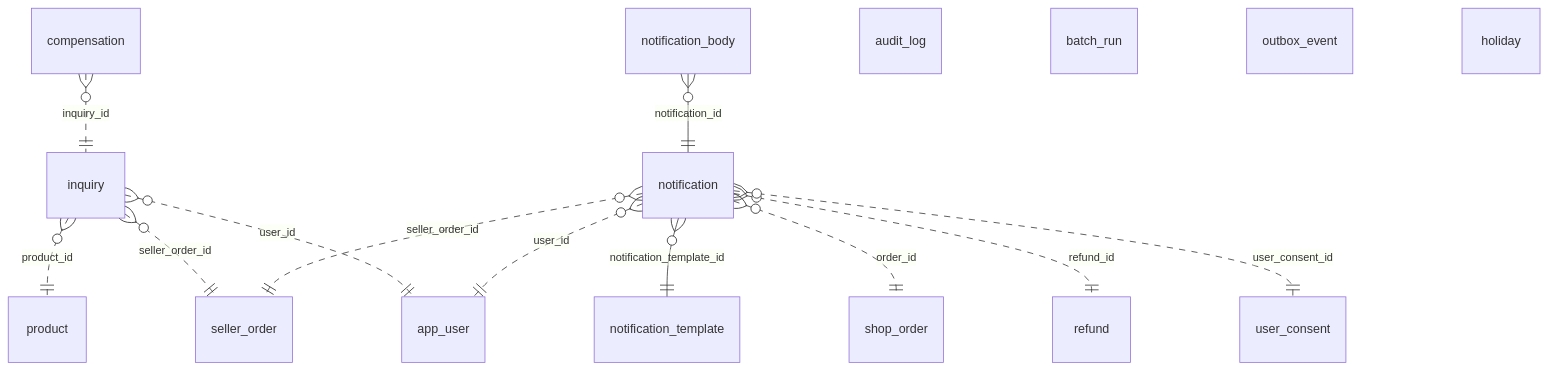
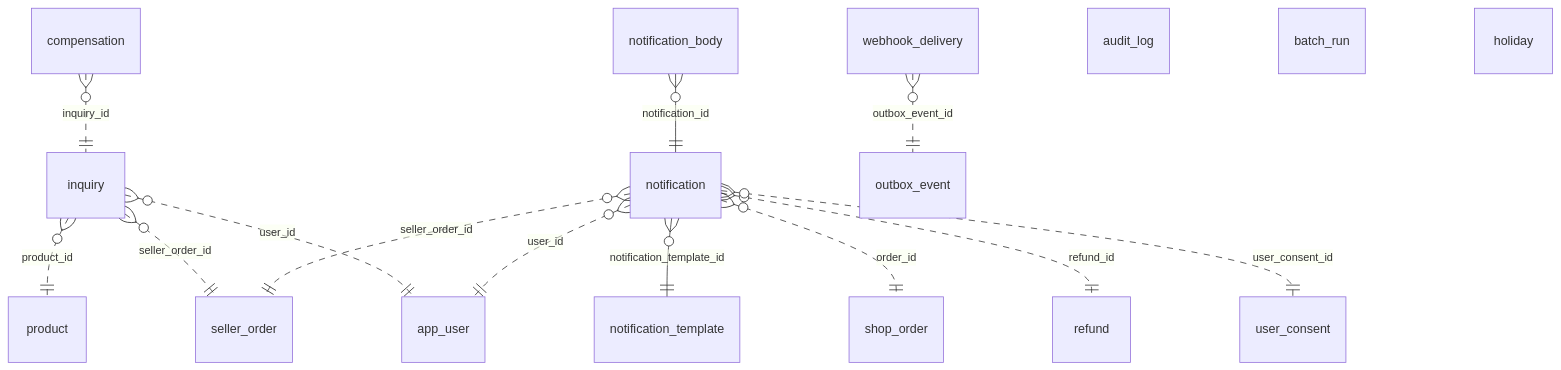
Before and after one commit to ejg93/ProjectShop: the diagram in doc/erd/ops.md, drawn with Mermaid. The commit also changed 20 other files, not shown here.

````diff
--- a/doc/erd/ops.md
+++ b/doc/erd/ops.md
@@ -6,22 +6,21 @@
 ```mermaid
 erDiagram
     compensation }o..|| inquiry : "inquiry_id"
     inquiry }o..|| product : "product_id"
     inquiry }o..|| seller_order : "seller_order_id"
     inquiry }o..|| app_user : "user_id"
     notification }o--|| notification_template : "notification_template_id"
     notification }o..|| shop_order : "order_id"
     notification }o..|| refund : "refund_id"
     notification }o..|| seller_order : "seller_order_id"
     notification }o..|| user_consent : "user_consent_id"
     notification }o..|| app_user : "user_id"
     notification_body }o--|| notification : "notification_id"
+    webhook_delivery }o..|| outbox_event : "outbox_event_id"
     audit_log {
     }
     batch_run {
     }
-    outbox_event {
-    }
     holiday {
     }
 ```
````
